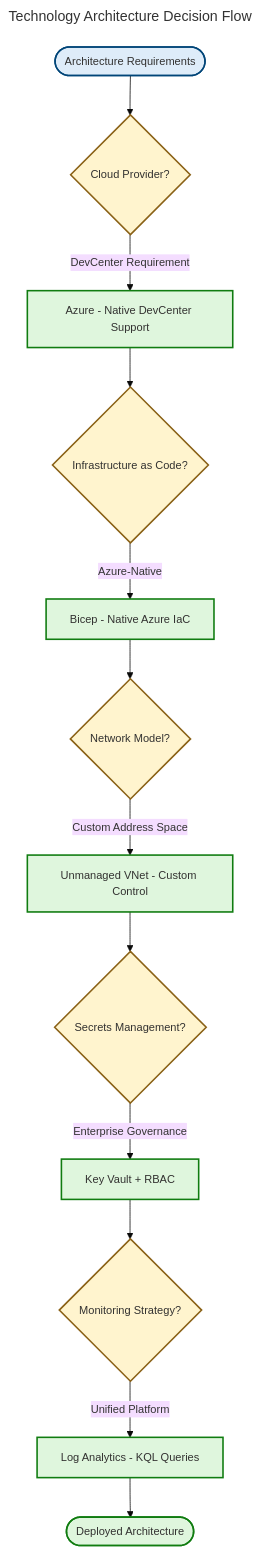
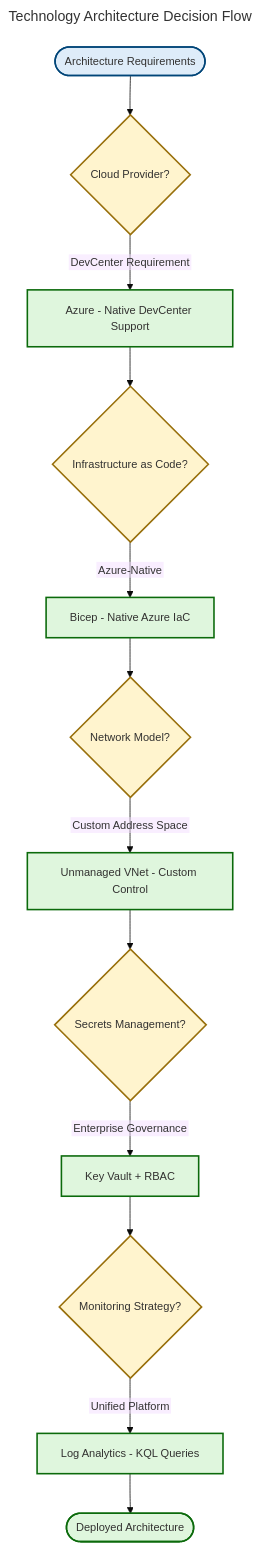
One commit to Evilazaro/DevExp-DevBox changed the third of 4 diagrams in docs/architecture/Technology-Architecture.md. Above: the diagram before and after it, drawn with Mermaid. The commit also changed other lines of this file, not shown here.

Commit message:
feat: enhance accessibility and styling of Technology Architecture decision tree for compliance

````diff
--- a/docs/architecture/Technology-Architecture.md
+++ b/docs/architecture/Technology-Architecture.md
@@ -893,54 +893,74 @@
 ```mermaid
 ---
 title: Technology Architecture Decision Flow
 config:
   theme: base
   themeVariables:
     fontSize: '14px'
+  flowchart:
+    htmlLabels: false
+    curve: cardinal
+    nodeSpacing: 50
+    rankSpacing: 50
 ---
 graph TD
     accTitle: Technology Architecture Decision Tree
-    accDescr: Decision flow showing key architecture choices and their rationale
+    accDescr: Decision flow showing key architecture choices and their rationale for cloud provider, IaC, network topology, security, and monitoring decisions. WCAG AA compliant.
 
     %% ═══════════════════════════════════════════════════════════════════════════
     %% AZURE / FLUENT ARCHITECTURE PATTERN v1.1
+    %% (Semantic + Structural + Font + Accessibility Governance)
+    %% ═══════════════════════════════════════════════════════════════════════════
+    %% PHASE 1 - STRUCTURAL: TD direction explicit, decision tree flow pattern
+    %% PHASE 2 - SEMANTIC: 3 semantic colors with decision workflow justification:
+    %%   azureBlue (#DEECF9) = start/information
+    %%   sharedYellow (#FFF4CE) = decision nodes
+    %%   successGreen (#DFF6DD) = selected options/outcome
+    %% PHASE 3 - FONT: Dark text #323130 on light backgrounds (WCAG AA 4.5:1 contrast)
+    %% PHASE 4 - ACCESSIBILITY: accTitle/accDescr present
+    %% PHASE 5 - STANDARD: 0 subgraphs (pure decision tree)
     %% ═══════════════════════════════════════════════════════════════════════════
 
-    Start([Architecture Requirements])
-    CloudProvider{Cloud Provider?}
-    IaC{Infrastructure as Code?}
-    Network{Network Model?}
-    Security{Secrets Management?}
-    Monitoring{Monitoring Strategy?}
+    Start([Architecture Requirements]):::azureBlue
+    CloudProvider{Cloud Provider?}:::sharedYellow
+    IaC{Infrastructure as Code?}:::sharedYellow
+    Network{Network Model?}:::sharedYellow
+    Security{Secrets Management?}:::sharedYellow
+    Monitoring{Monitoring Strategy?}:::sharedYellow
 
-    Azure[Azure - Native DevCenter Support]
-    Bicep[Bicep - Native Azure IaC]
-    UnmanagedVNet[Unmanaged VNet - Custom Control]
-    KeyVaultRBAC[Key Vault + RBAC]
-    LogAnalytics[Log Analytics - KQL Queries]
+    Azure[Azure - Native DevCenter Support]:::successGreen
+    Bicep[Bicep - Native Azure IaC]:::successGreen
+    UnmanagedVNet[Unmanaged VNet - Custom Control]:::successGreen
+    KeyVaultRBAC[Key Vault + RBAC]:::successGreen
+    LogAnalytics[Log Analytics - KQL Queries]:::successGreen
 
     Start --> CloudProvider
     CloudProvider -->|DevCenter Requirement| Azure
     Azure --> IaC
     IaC -->|Azure-Native| Bicep
     Bicep --> Network
     Network -->|Custom Address Space| UnmanagedVNet
     UnmanagedVNet --> Security
     Security -->|Enterprise Governance| KeyVaultRBAC
     KeyVaultRBAC --> Monitoring
     Monitoring -->|Unified Platform| LogAnalytics
-    LogAnalytics --> End([Deployed Architecture])
+    LogAnalytics --> End([Deployed Architecture]):::successGreen
 
-    style Start fill:#DEECF9,stroke:#004578,stroke-width:2px,color:#323130
-    style End fill:#DFF6DD,stroke:#107C10,stroke-width:2px,color:#323130
-    style Azure fill:#DFF6DD,stroke:#107C10,stroke-width:2px,color:#323130
-    style Bicep fill:#DFF6DD,stroke:#107C10,stroke-width:2px,color:#323130
-    style UnmanagedVNet fill:#DFF6DD,stroke:#107C10,stroke-width:2px,color:#323130
-    style KeyVaultRBAC fill:#DFF6DD,stroke:#107C10,stroke-width:2px,color:#323130
-    style LogAnalytics fill:#DFF6DD,stroke:#107C10,stroke-width:2px,color:#323130
-    style CloudProvider fill:#FFF4CE,stroke:#8A6116,stroke-width:2px,color:#323130
-    style IaC fill:#FFF4CE,stroke:#8A6116,stroke-width:2px,color:#323130
-    style Network fill:#FFF4CE,stroke:#8A6116,stroke-width:2px,color:#323130
-    style Security fill:#FFF4CE,stroke:#8A6116,stroke-width:2px,color:#323130
-    style Monitoring fill:#FFF4CE,stroke:#8A6116,stroke-width:2px,color:#323130
+    %% Required classDef palette (ALL 14 - MANDATORY per MRM-D002)
+    classDef level1Group fill:#FFFFFF,stroke:#605E5C,stroke-width:3px,color:#323130
+    classDef level2Group fill:#F3F2F1,stroke:#605E5C,stroke-width:2px,color:#323130
+    classDef level3Group fill:#E1DFDD,stroke:#605E5C,stroke-width:2px,color:#323130
+    classDef level4Group fill:#D2D0CE,stroke:#605E5C,stroke-width:1px,color:#323130
+    classDef mainGroup fill:#FFFFFF,stroke:#605E5C,stroke-width:3px,color:#323130
+    classDef subGroup fill:#F3F2F1,stroke:#605E5C,stroke-width:2px,color:#323130
+    classDef azureBlue fill:#DEECF9,stroke:#004578,stroke-width:2px,color:#323130
+    classDef successGreen fill:#DFF6DD,stroke:#0B6A0B,stroke-width:2px,color:#323130
+    classDef errorRed fill:#FDE7E9,stroke:#A4262C,stroke-width:2px,color:#323130
+    classDef sharedYellow fill:#FFF4CE,stroke:#986F0B,stroke-width:2px,color:#323130
+    classDef warningOrange fill:#FDE7E9,stroke:#8A3707,stroke-width:2px,color:#323130
+    classDef neutralPurple fill:#E1DFDD,stroke:#5B5FC7,stroke-width:2px,color:#323130
+    classDef presenceTeal fill:#C8F0E7,stroke:#00666B,stroke-width:2px,color:#323130
+    classDef neutralGrey fill:#F3F2F1,stroke:#605E5C,stroke-width:2px,color:#323130
+
+    %% No subgraphs in this diagram - pure decision tree flow
 ```
````
